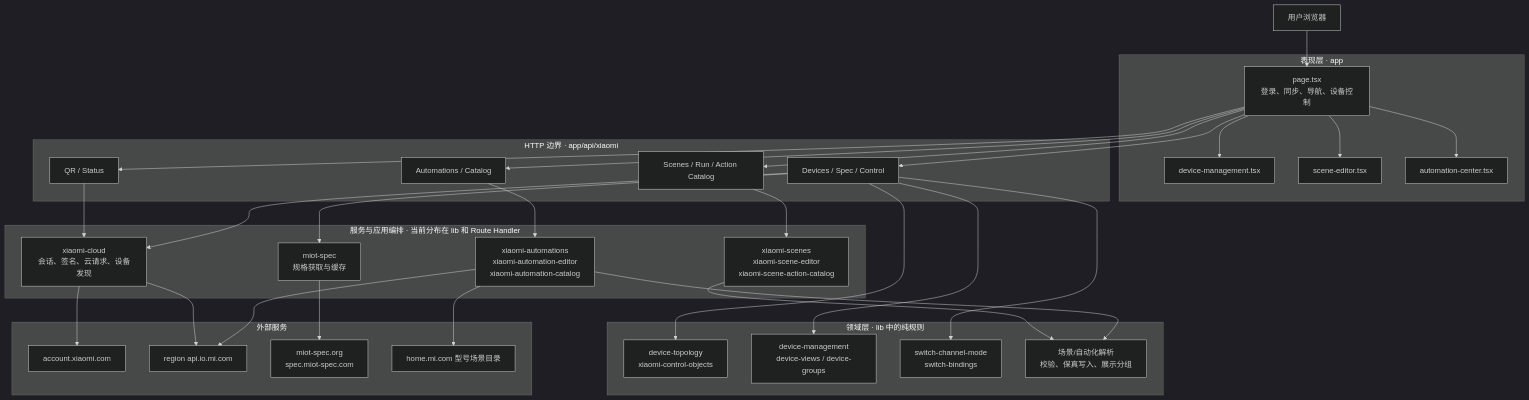
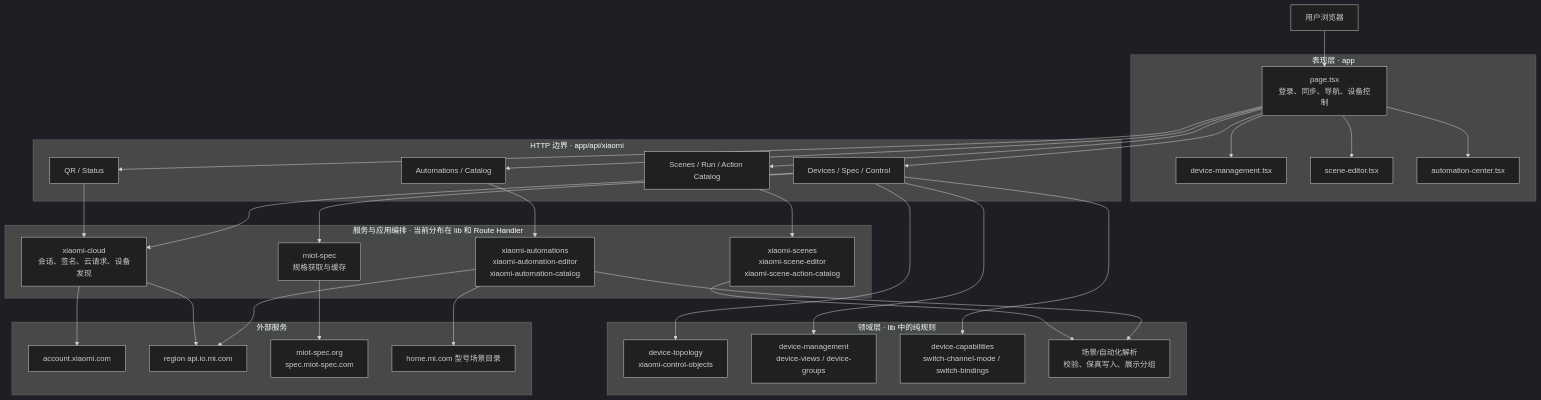
The first of 13 diagrams in docs/architecture.md (zhangys10/mijia-web-console), drawn with Mermaid (dark theme) before and after one commit. The commit also changed other lines of this file and 12 other files, not shown here.

Commit message:
refactor: separate device capabilities and actions

````diff
--- a/docs/architecture.md
+++ b/docs/architecture.md
@@ -10,50 +10,50 @@
 ```mermaid
 flowchart TB
     User[用户浏览器]
 
     subgraph UI[表现层 · app]
         Page[page.tsx<br/>登录、同步、导航、设备控制]
         DeviceUI[device-management.tsx]
         SceneUI[scene-editor.tsx]
         AutomationUI[automation-center.tsx]
     end
 
     subgraph API[HTTP 边界 · app/api/xiaomi]
         AuthAPI[QR / Status]
         DeviceAPI[Devices / Spec / Control]
         SceneAPI[Scenes / Run / Action Catalog]
         AutomationAPI[Automations / Catalog]
     end
 
     subgraph Service[服务与应用编排 · 当前分布在 lib 和 Route Handler]
         Cloud[xiaomi-cloud<br/>会话、签名、云请求、设备发现]
         SceneService[xiaomi-scenes<br/>xiaomi-scene-editor<br/>xiaomi-scene-action-catalog]
         AutomationService[xiaomi-automations<br/>xiaomi-automation-editor<br/>xiaomi-automation-catalog]
         SpecService[miot-spec<br/>规格获取与缓存]
     end
 
     subgraph Domain[领域层 · lib 中的纯规则]
         Topology[device-topology<br/>xiaomi-control-objects]
         Management[device-management<br/>device-views / device-groups]
-        Switch[switch-channel-mode<br/>switch-bindings]
+        Switch[device-capabilities<br/>switch-channel-mode / switch-bindings]
         SceneDomain[场景/自动化解析<br/>校验、保真写入、展示分组]
     end
 
     subgraph External[外部服务]
         Account[account.xiaomi.com]
         XiaomiCloud[region api.io.mi.com]
         MiotSpec[miot-spec.org<br/>spec.miot-spec.com]
         ModelCatalog[home.mi.com 型号场景目录]
     end
 
     User --> Page
     Page --> DeviceUI & SceneUI & AutomationUI
     Page --> AuthAPI & DeviceAPI & SceneAPI & AutomationAPI
     AuthAPI --> Cloud
     DeviceAPI --> Cloud & SpecService & Topology & Management & Switch
     SceneAPI --> SceneService --> SceneDomain
     AutomationAPI --> AutomationService --> SceneDomain
     Cloud --> Account & XiaomiCloud
     SpecService --> MiotSpec
     AutomationService --> XiaomiCloud & ModelCatalog
 ```
````
